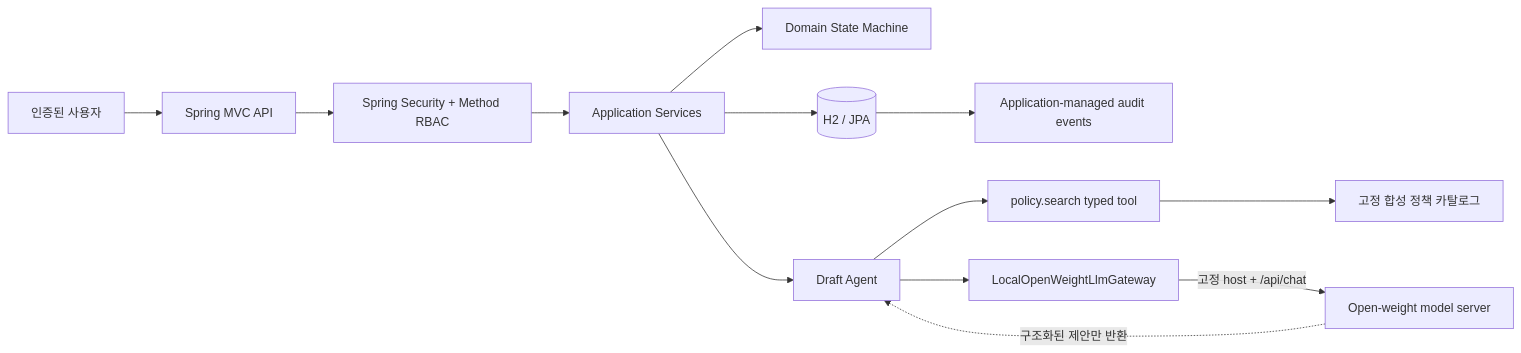
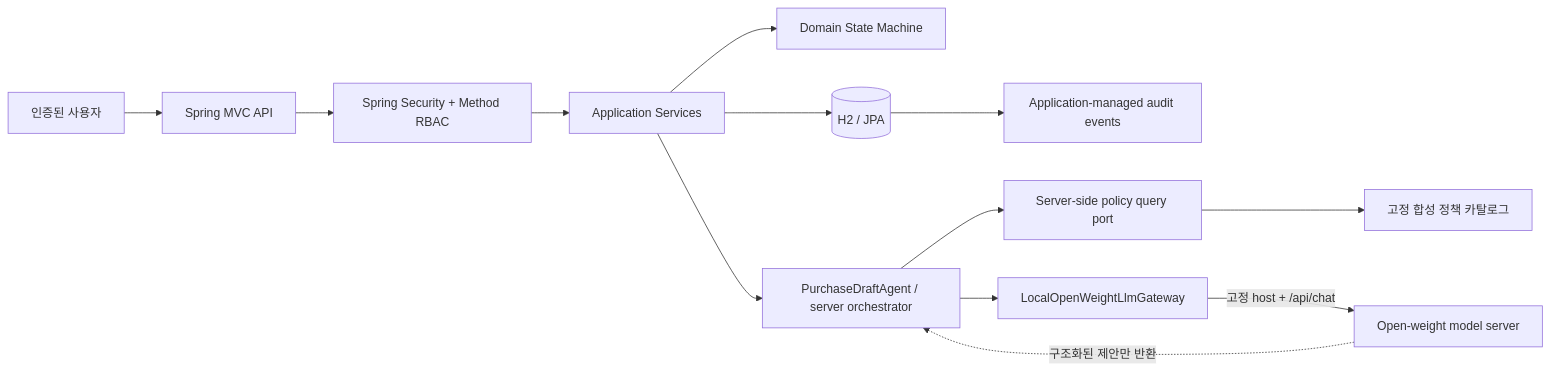
Before and after one commit to son1004007/engineering-career-portfolio: the diagram in 02_projects/opsmate-local/ARCHITECTURE.md, drawn with Mermaid. The commit also changed other lines of this file and 27 other files, not shown here.

````diff
--- a/02_projects/opsmate-local/ARCHITECTURE.md
+++ b/02_projects/opsmate-local/ARCHITECTURE.md
@@ -15,16 +15,16 @@
 ```mermaid
 flowchart LR
     U["인증된 사용자"] --> API["Spring MVC API"]
     API --> SEC["Spring Security + Method RBAC"]
     SEC --> APP["Application Services"]
     APP --> DOMAIN["Domain State Machine"]
     APP --> DB[("H2 / JPA")]
-    APP --> AGENT["Draft Agent"]
-    AGENT --> TOOL["policy.search typed tool"]
-    TOOL --> CATALOG["고정 합성 정책 카탈로그"]
-    AGENT --> GW["LocalOpenWeightLlmGateway"]
+    APP --> ORCH["PurchaseDraftAgent / server orchestrator"]
+    ORCH --> POLICY["Server-side policy query port"]
+    POLICY --> CATALOG["고정 합성 정책 카탈로그"]
+    ORCH --> GW["LocalOpenWeightLlmGateway"]
     GW -->|"고정 host + /api/chat"| OLLAMA["Open-weight model server"]
     DB --> AUDIT["Application-managed audit events"]
 
-    OLLAMA -. "구조화된 제안만 반환" .-> AGENT
+    OLLAMA -. "구조화된 제안만 반환" .-> ORCH
 ```
````
